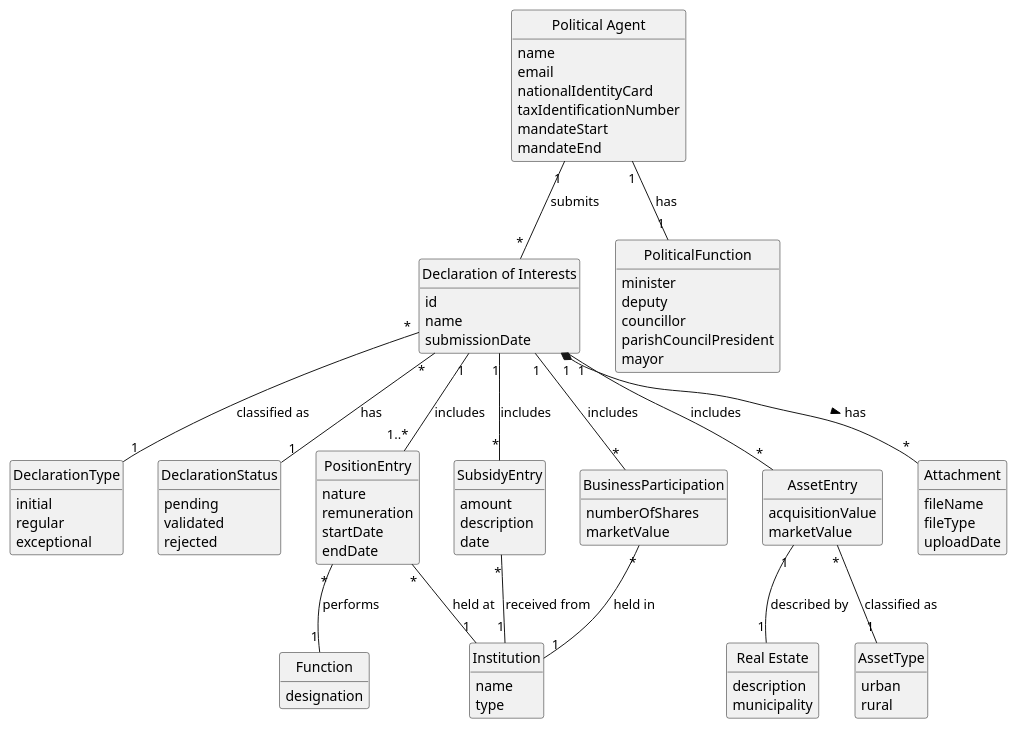
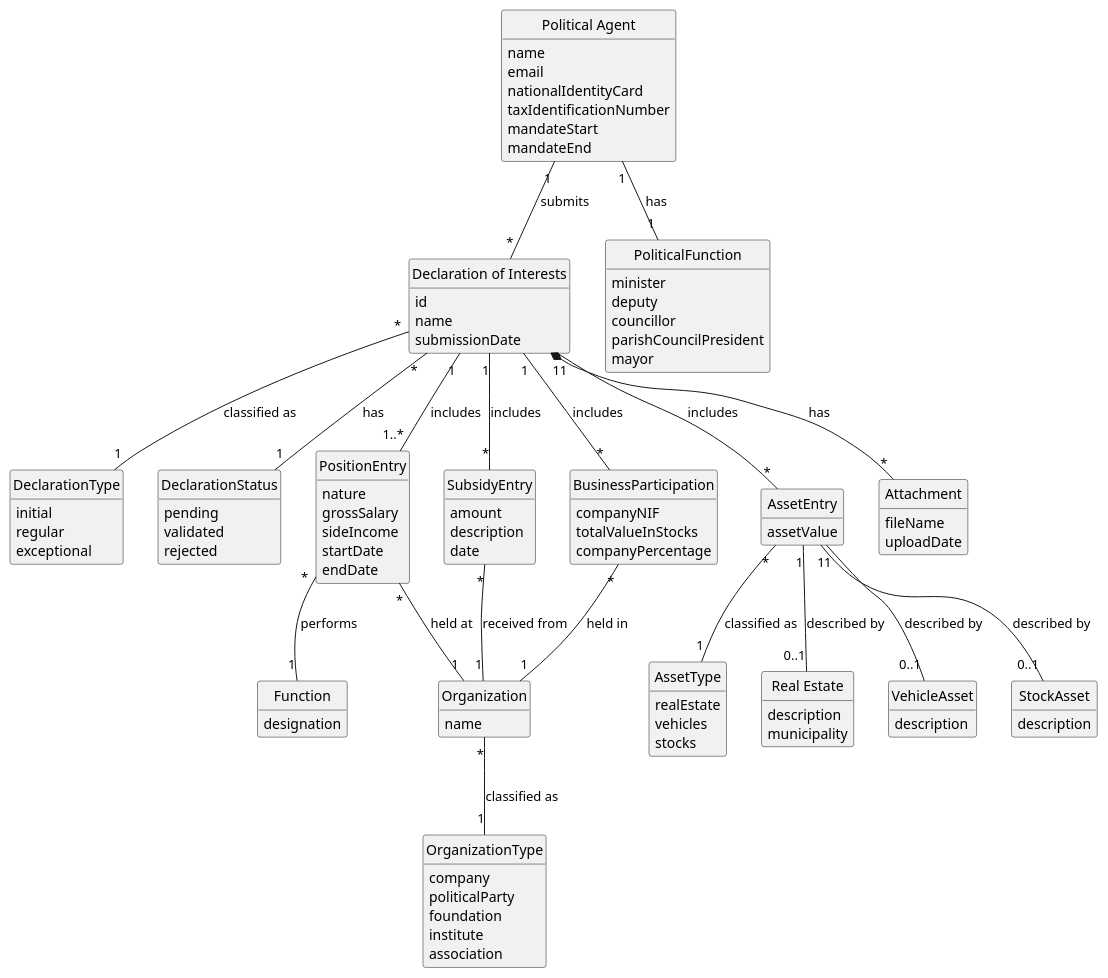
One commit to brunodspinto/crystal-clear-platform changed the diagram in docs/system-documentation/US06/02.analysis/puml/US06-DM.puml. Above: the diagram before and after it, drawn with PlantUML. The commit also changed 23 other files, not shown here.

Commit message:
Altered Institution to Organiztion to avoid confusion with a term of spirnt 2, and changed OrganizationType to be an Enum. US altered: 03, 04, 06, and Global Artifacts

```diff
--- a/docs/system-documentation/US06/02.analysis/puml/US06-DM.puml
+++ b/docs/system-documentation/US06/02.analysis/puml/US06-DM.puml
@@ -1,114 +1,134 @@
 @startuml US06-DM
 skinparam monochrome true
 skinparam packageStyle rectangle
 skinparam shadowing false
 skinparam classAttributeIconSize 0
 
 hide circle
 hide methods
 
 class "Political Agent" as PoliticalAgent {
     name
     email
     nationalIdentityCard
     taxIdentificationNumber
     mandateStart
     mandateEnd
 }
 
 class "Declaration of Interests" as Declaration {
     id
     name
     submissionDate
 }
 
 enum DeclarationType {
     initial
     regular
     exceptional
 }
 
 enum DeclarationStatus {
     pending
     validated
     rejected
 }
 
 enum PoliticalFunction {
     minister
     deputy
     councillor
     parishCouncilPresident
     mayor
 }
 
 class PositionEntry {
     nature
-    remuneration
+    grossSalary
+    sideIncome
     startDate
     endDate
 }
 
 class Function {
     designation
 }
 
-class Institution {
+class Organization {
     name
-    type
+}
+
+enum OrganizationType {
+    company
+    politicalParty
+    foundation
+    institute
+    association
 }
 
 class SubsidyEntry {
     amount
     description
     date
 }
 
 class AssetEntry {
-    acquisitionValue
-    marketValue
+    assetValue
+}
+
+enum AssetType {
+    realEstate
+    vehicles
+    stocks
 }
 
 class "Real Estate" as RealEstate {
     description
     municipality
 }
 
-enum AssetType {
-    urban
-    rural
+class VehicleAsset {
+    description
+}
+
+class StockAsset {
+    description
 }
 
 class BusinessParticipation {
-    numberOfShares
-    marketValue
+    companyNIF
+    totalValueInStocks
+    companyPercentage
 }
 
 class Attachment {
     fileName
-    fileType
     uploadDate
 }
 
 PoliticalAgent "1" -- "1" PoliticalFunction : has
 PoliticalAgent "1" -- "*" Declaration : submits
 
 Declaration "*" -- "1" DeclarationType : classified as
 Declaration "*" -- "1" DeclarationStatus : has
 Declaration "1" -- "1..*" PositionEntry : includes
 Declaration "1" -- "*" SubsidyEntry : includes
 Declaration "1" -- "*" AssetEntry : includes
 Declaration "1" -- "*" BusinessParticipation : includes
-Declaration "1" *-- "*" Attachment : has >
+Declaration "1" *-- "*" Attachment : has
 
-PositionEntry "*" -- "1" Institution : held at
+PositionEntry "*" -- "1" Organization : held at
 PositionEntry "*" -- "1" Function : performs
 
-SubsidyEntry "*" -- "1" Institution : received from
+Organization "*" -- "1" OrganizationType : classified as
+
+SubsidyEntry "*" -- "1" Organization : received from
 
 AssetEntry "*" -- "1" AssetType : classified as
-AssetEntry "1" -- "1" RealEstate : described by
+AssetEntry "1" -- "0..1" RealEstate : described by
+AssetEntry "1" -- "0..1" VehicleAsset : described by
+AssetEntry "1" -- "0..1" StockAsset : described by
 
-BusinessParticipation "*" -- "1" Institution : held in
+BusinessParticipation "*" -- "1" Organization : held in
 
 @enduml
```
